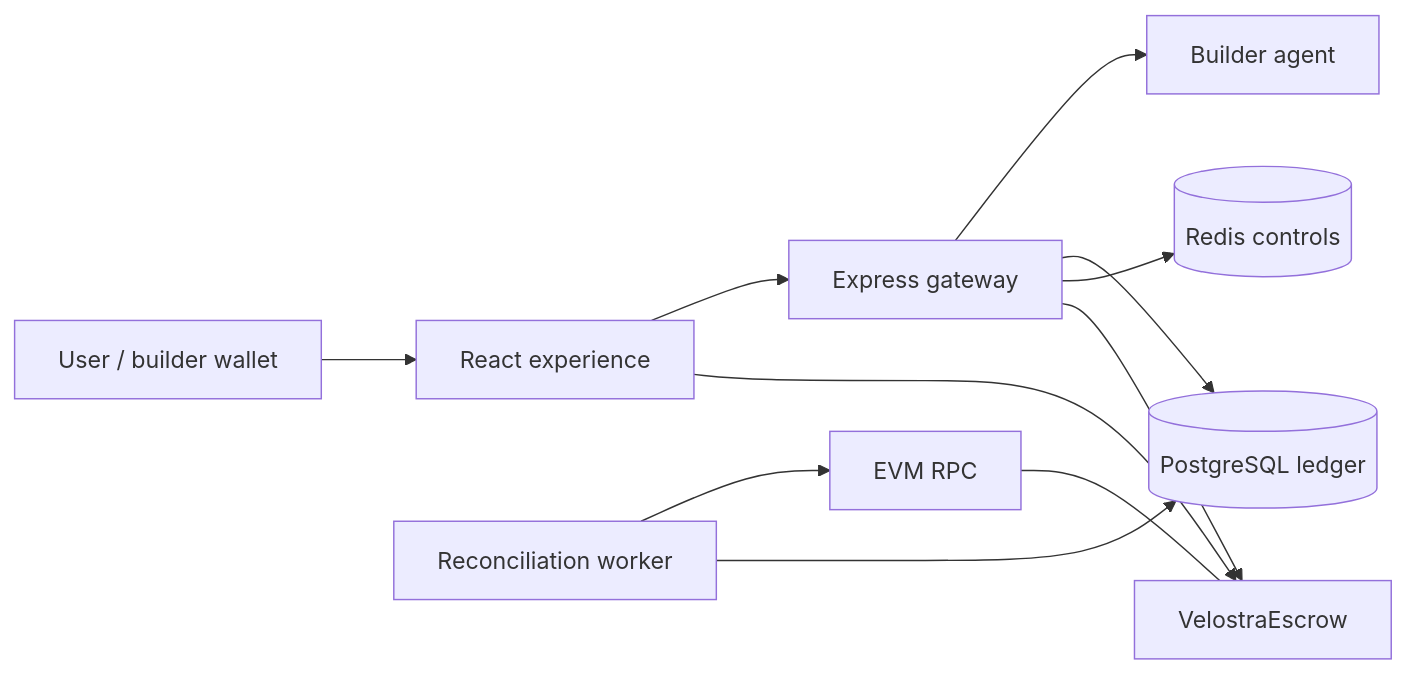
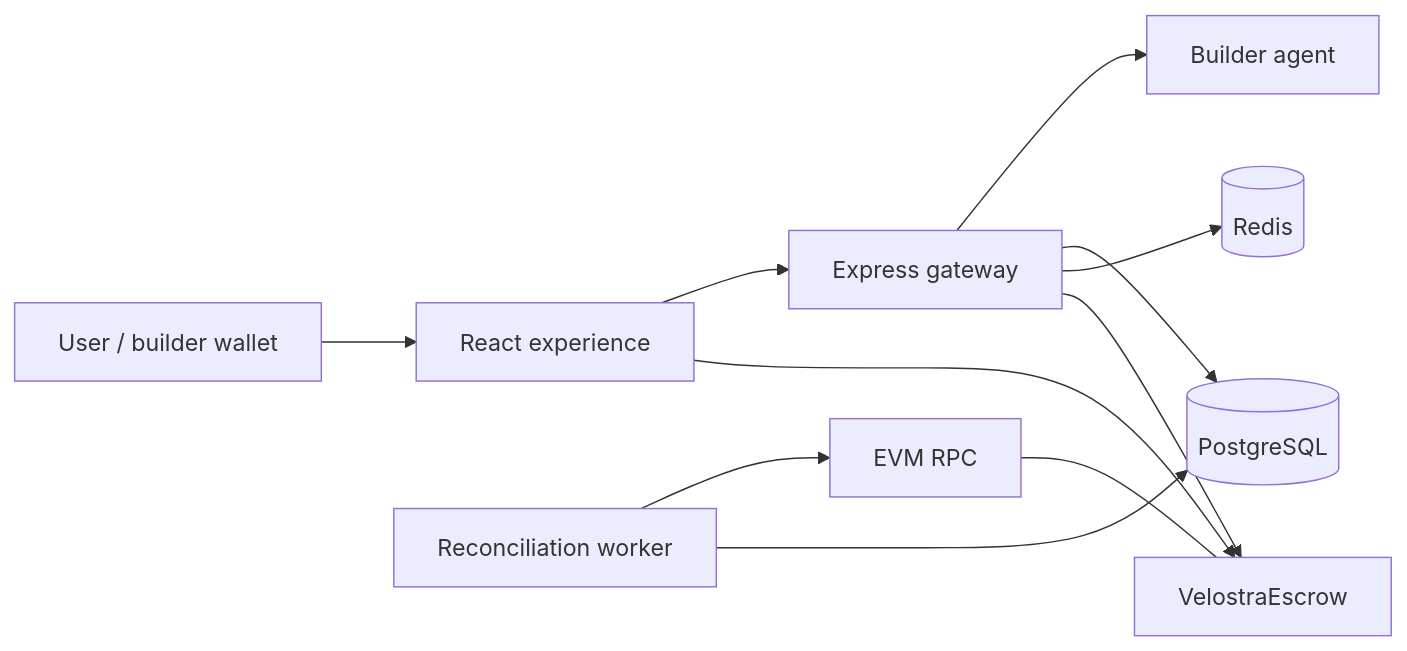
The diagram in README.md (velostralabs/velostra), drawn with Mermaid before and after one commit. The commit also changed other lines of this file and 4 other files, not shown here.

````diff
--- a/README.md
+++ b/README.md
@@ -64,13 +58,13 @@
 ```mermaid
 flowchart LR
     Wallet["User / builder wallet"] --> Web["React experience"]
     Web --> API["Express gateway"]
     API --> Agent["Builder agent"]
-    API --> DB[("PostgreSQL ledger")]
-    API --> Redis[("Redis controls")]
+    API --> DB[(PostgreSQL)]
+    API --> Redis[(Redis)]
     Web --> Escrow["VelostraEscrow"]
     API --> Escrow
     Worker["Reconciliation worker"] --> RPC["EVM RPC"]
     RPC --- Escrow
     Worker --> DB
 ```
````
